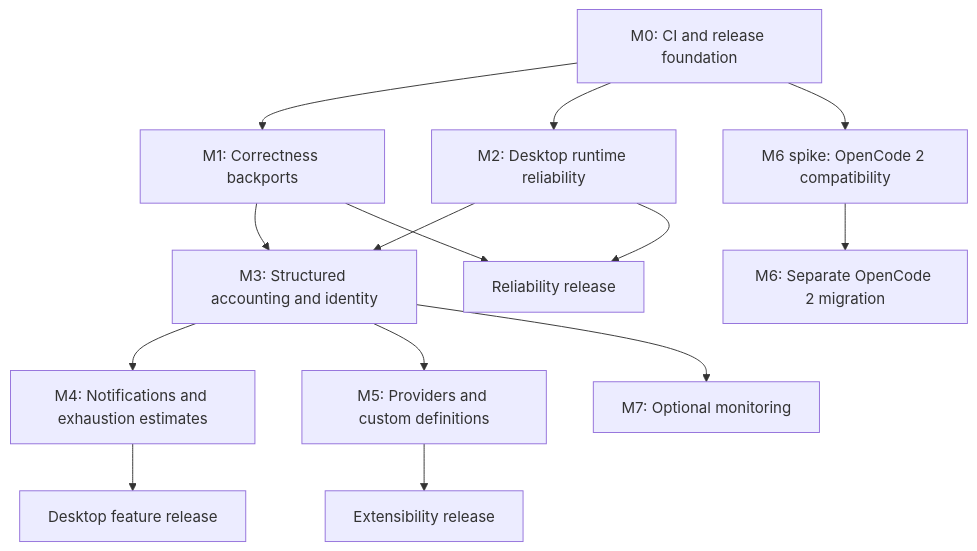
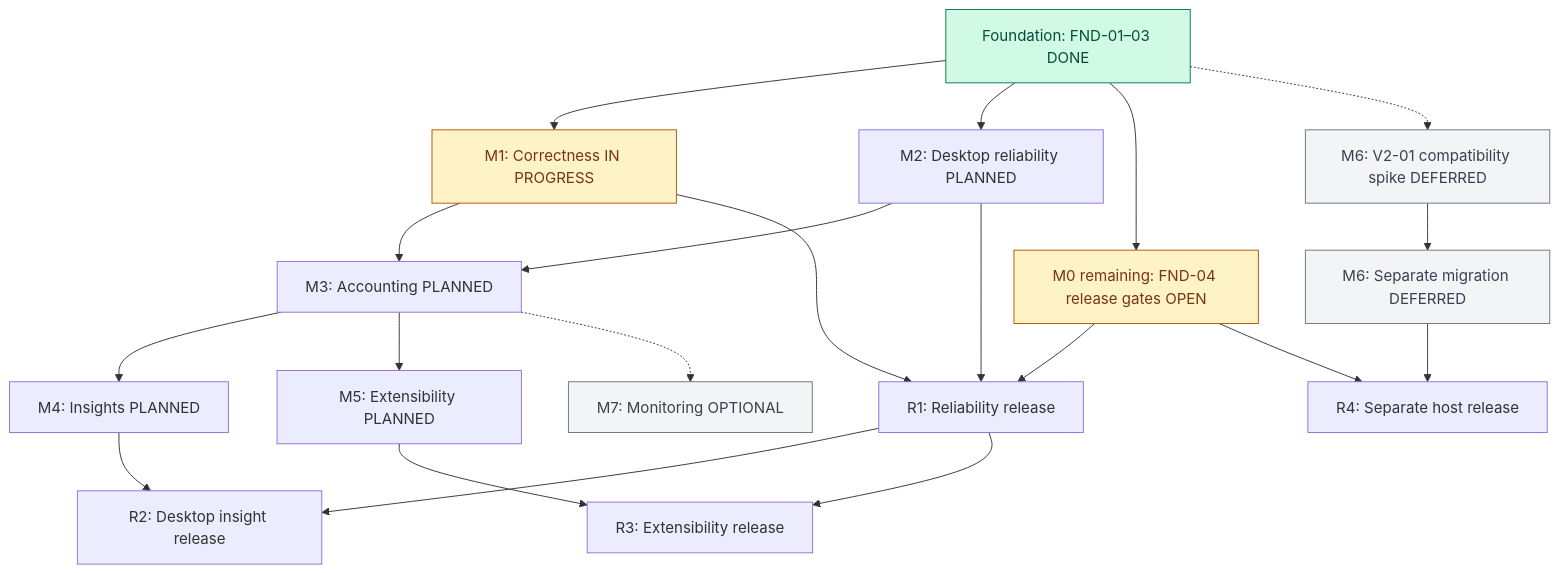
Before and after one commit to thanhndv212/opencode-quota: the first of 2 diagrams in UPSTREAM_DELIVERY_PLAN.md, drawn with Mermaid. The commit also changed other lines of this file and 52 other files, not shown here.

````diff
--- a/UPSTREAM_DELIVERY_PLAN.md
+++ b/UPSTREAM_DELIVERY_PLAN.md
@@ -129,16 +135,28 @@
 ```mermaid
 flowchart TD
-  M0[M0: CI and release foundation] --> M1[M1: Correctness backports]
-  M0 --> M2[M2: Desktop runtime reliability]
-  M1 --> M3[M3: Structured accounting and identity]
+  FND["Foundation: FND-01–03 DONE"] --> M1["M1: Correctness IN PROGRESS"]
+  FND --> M2["M2: Desktop reliability PLANNED"]
+  FND --> PUB["M0 remaining: FND-04 release gates OPEN"]
+  M1 --> M3["M3: Accounting PLANNED"]
   M2 --> M3
-  M3 --> M4[M4: Notifications and exhaustion estimates]
-  M3 --> M5[M5: Providers and custom definitions]
-  M3 --> M7[M7: Optional monitoring]
-  M0 --> M6A[M6 spike: OpenCode 2 compatibility]
-  M6A --> M6[M6: Separate OpenCode 2 migration]
-  M4 --> R2[Desktop feature release]
-  M5 --> R3[Extensibility release]
-  M1 --> R1[Reliability release]
+  M3 --> M4["M4: Insights PLANNED"]
+  M3 --> M5["M5: Extensibility PLANNED"]
+  M3 -.-> M7["M7: Monitoring OPTIONAL"]
+  FND -.-> SPIKE["M6: V2-01 compatibility spike DEFERRED"]
+  SPIKE --> V2["M6: Separate migration DEFERRED"]
+  M1 --> R1["R1: Reliability release"]
   M2 --> R1
+  PUB --> R1
+  M4 --> R2["R2: Desktop insight release"]
+  R1 --> R2
+  M5 --> R3["R3: Extensibility release"]
+  R1 --> R3
+  V2 --> R4["R4: Separate host release"]
+  PUB --> R4
+  classDef done fill:#d1fae5,stroke:#047857,color:#064e3b;
+  classDef active fill:#fef3c7,stroke:#b45309,color:#78350f;
+  classDef optional fill:#f3f4f6,stroke:#6b7280,color:#374151;
+  class FND done;
+  class M1,PUB active;
+  class M7,SPIKE,V2 optional;
 ```
````
